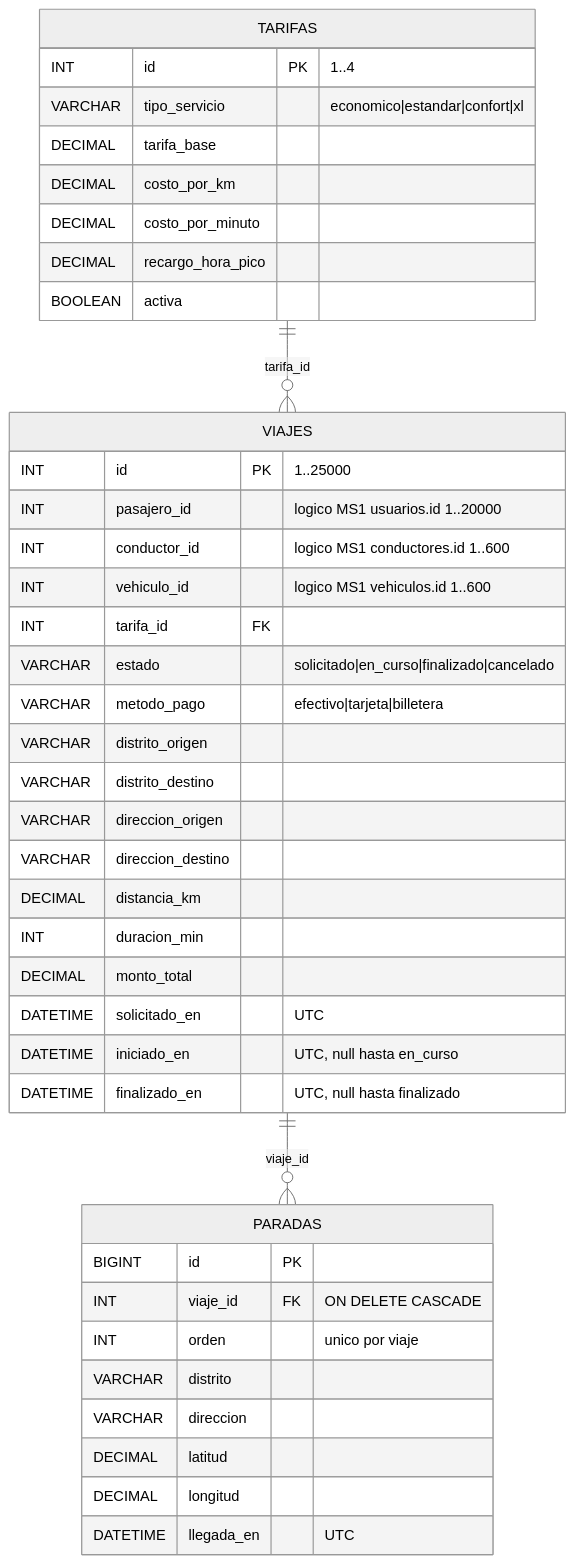
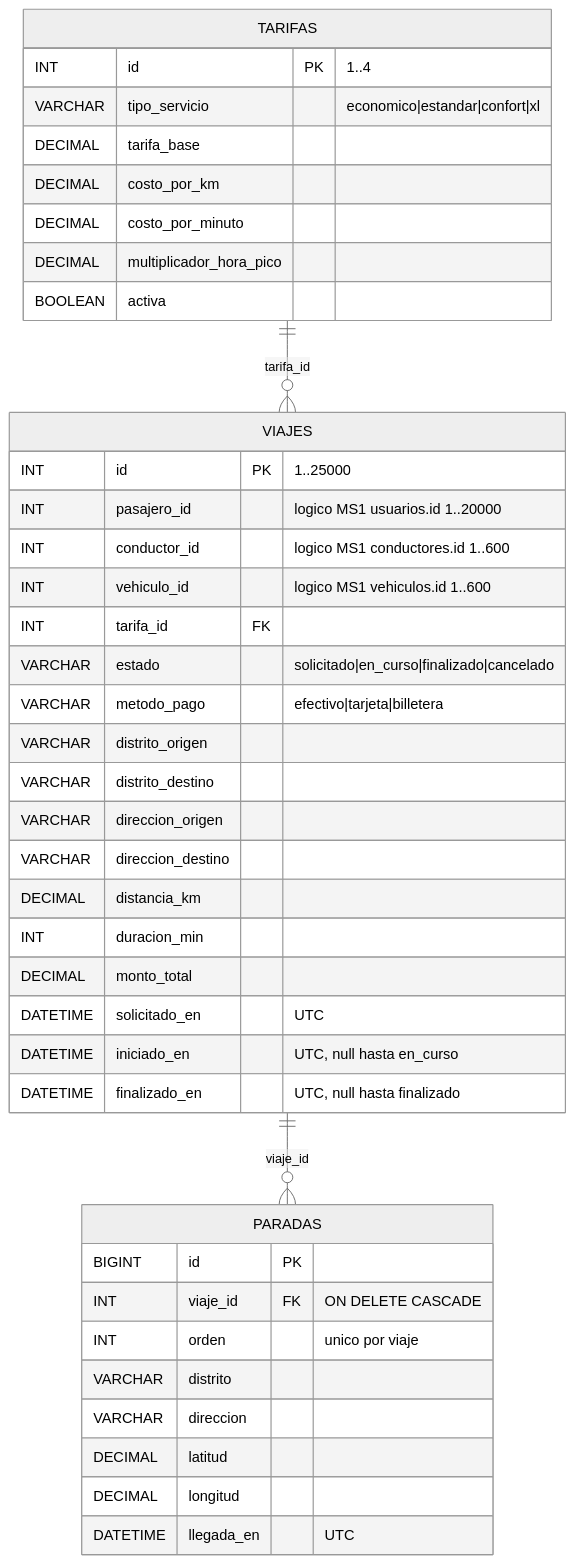
One commit to S1nk0-0/transporte-ms2-viajes changed the diagram in docs/er.mmd. Above: the diagram before and after it, drawn with Mermaid (neutral theme). The commit also changed 5 other files, not shown here.

Commit message:
fix schema.sql y tarifasDTO, tarifas y ViajeService

```diff
--- a/docs/er.mmd
+++ b/docs/er.mmd
@@ -1,44 +1,44 @@
 erDiagram
     TARIFAS ||--o{ VIAJES  : "tarifa_id"
     VIAJES  ||--o{ PARADAS : "viaje_id"
 
     TARIFAS {
         INT          id                PK "1..4"
         VARCHAR      tipo_servicio        "economico|estandar|confort|xl"
         DECIMAL      tarifa_base
         DECIMAL      costo_por_km
         DECIMAL      costo_por_minuto
-        DECIMAL      recargo_hora_pico
+        DECIMAL      multiplicador_hora_pico
         BOOLEAN      activa
     }
 
     VIAJES {
         INT          id                PK "1..25000"
         INT          pasajero_id          "logico MS1 usuarios.id 1..20000"
         INT          conductor_id         "logico MS1 conductores.id 1..600"
         INT          vehiculo_id          "logico MS1 vehiculos.id 1..600"
         INT          tarifa_id         FK
         VARCHAR      estado               "solicitado|en_curso|finalizado|cancelado"
         VARCHAR      metodo_pago          "efectivo|tarjeta|billetera"
         VARCHAR      distrito_origen
         VARCHAR      distrito_destino
         VARCHAR      direccion_origen
         VARCHAR      direccion_destino
         DECIMAL      distancia_km
         INT          duracion_min
         DECIMAL      monto_total
         DATETIME     solicitado_en        "UTC"
         DATETIME     iniciado_en          "UTC, null hasta en_curso"
         DATETIME     finalizado_en        "UTC, null hasta finalizado"
     }
 
     PARADAS {
         BIGINT       id                PK
         INT          viaje_id          FK "ON DELETE CASCADE"
         INT          orden                "unico por viaje"
         VARCHAR      distrito
         VARCHAR      direccion
         DECIMAL      latitud
         DECIMAL      longitud
         DATETIME     llegada_en           "UTC"
     }
```
